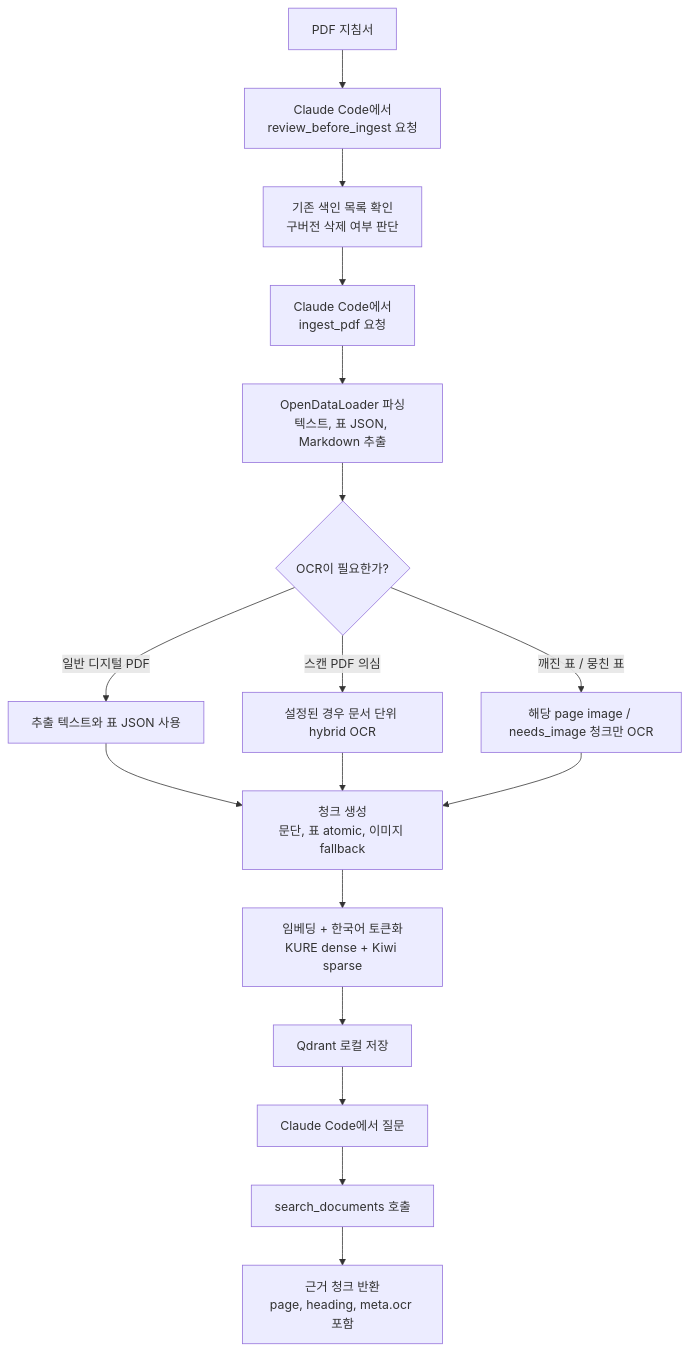
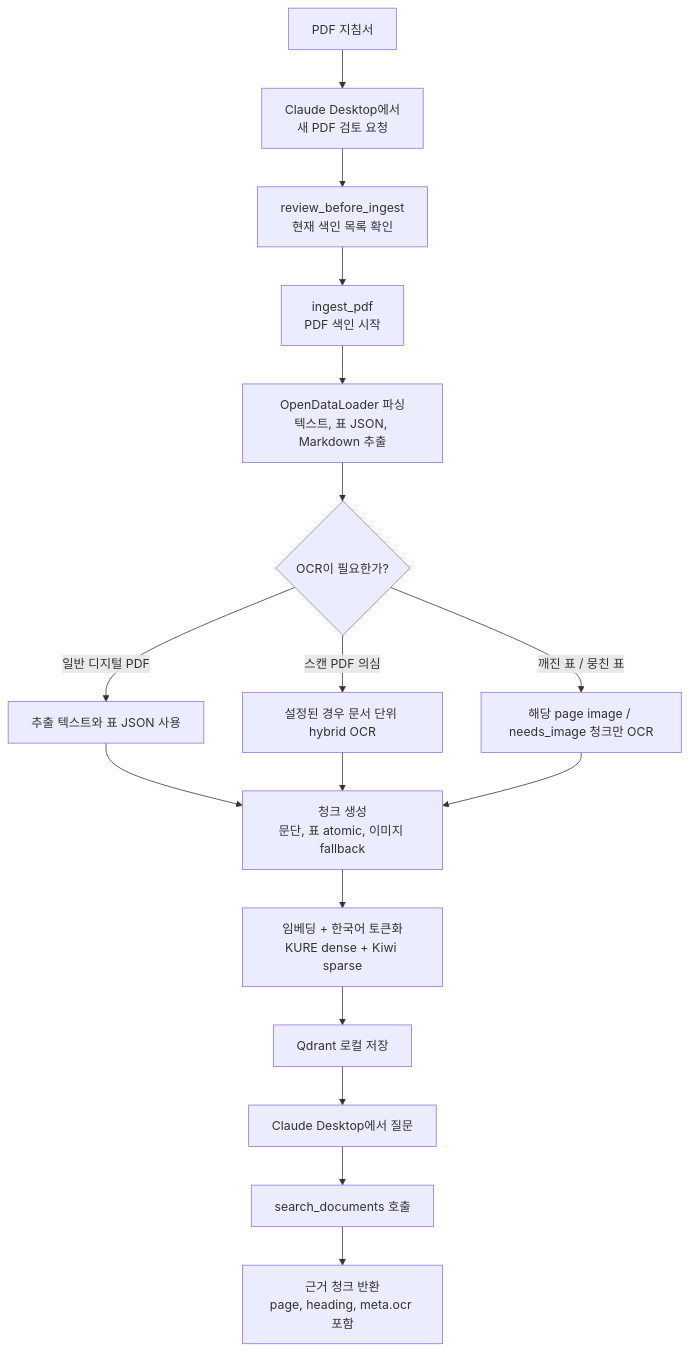
Before and after one commit to jang-hoil/rag-mcp: the diagram in README.md, drawn with Mermaid. The commit also changed other lines of this file, not shown here.

Commit message:
docs: README를 Claude Desktop 연결 중심으로 개선

````diff
--- a/README.md
+++ b/README.md
@@ -11,19 +11,19 @@
 ```mermaid
 flowchart TD
-    A["PDF 지침서"] --> B["Claude Code에서<br/>review_before_ingest 요청"]
-    B --> C["기존 색인 목록 확인<br/>구버전 삭제 여부 판단"]
-    C --> D["Claude Code에서<br/>ingest_pdf 요청"]
+    A["PDF 지침서"] --> B["Claude Desktop에서<br/>새 PDF 검토 요청"]
+    B --> C["review_before_ingest<br/>현재 색인 목록 확인"]
+    C --> D["ingest_pdf<br/>PDF 색인 시작"]
     D --> E["OpenDataLoader 파싱<br/>텍스트, 표 JSON, Markdown 추출"]
     E --> F{"OCR이 필요한가?"}
     F -->|"일반 디지털 PDF"| G["추출 텍스트와 표 JSON 사용"]
     F -->|"스캔 PDF 의심"| H["설정된 경우 문서 단위 hybrid OCR"]
     F -->|"깨진 표 / 뭉친 표"| I["해당 page image / needs_image 청크만 OCR"]
     G --> J["청크 생성<br/>문단, 표 atomic, 이미지 fallback"]
     H --> J
     I --> J
     J --> K["임베딩 + 한국어 토큰화<br/>KURE dense + Kiwi sparse"]
     K --> L["Qdrant 로컬 저장"]
-    L --> M["Claude Code에서 질문"]
+    L --> M["Claude Desktop에서 질문"]
     M --> N["search_documents 호출"]
     N --> O["근거 청크 반환<br/>page, heading, meta.ocr 포함"]
 ```
````
